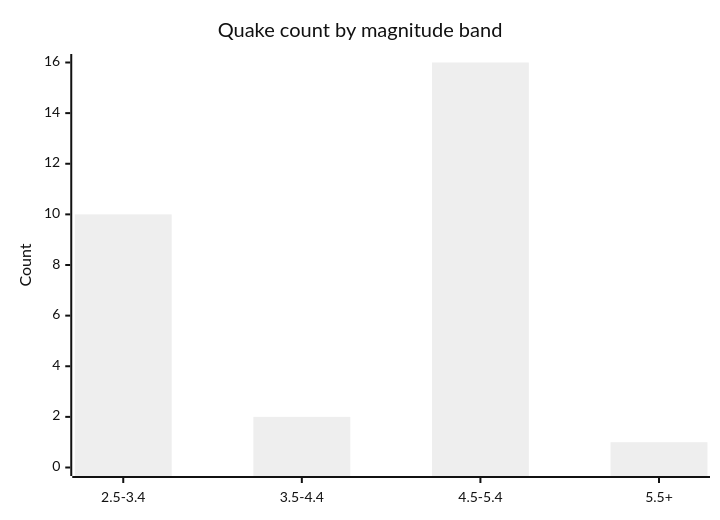
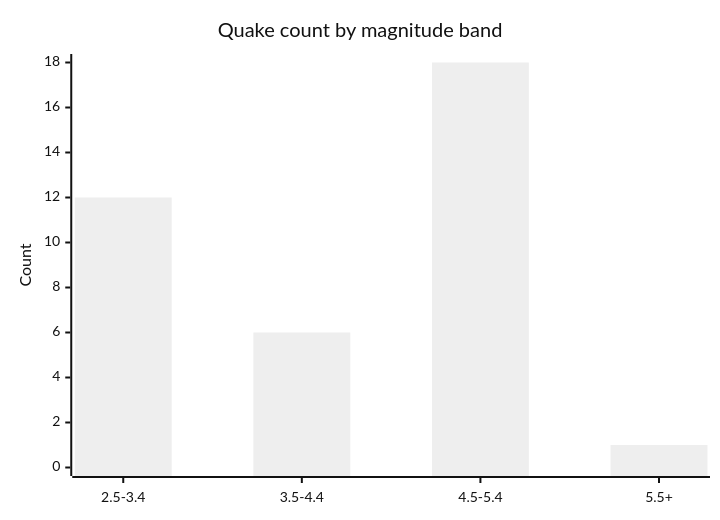
The fifth of 6 diagrams in docs/GRAPHS.md (Midwest-Stratospheric/aerostratospheric-defense-gir), drawn with Mermaid (neutral theme) before and after one commit. The commit also changed other lines of this file and 26 other files, not shown here.

````diff
--- a/docs/GRAPHS.md
+++ b/docs/GRAPHS.md
@@ -82,7 +82,7 @@
 ```mermaid
 xychart-beta
   title "Quake count by magnitude band"
   x-axis ["2.5-3.4", "3.5-4.4", "4.5-5.4", "5.5+"]
-  y-axis "Count" 0 --> 16
-  bar [10, 2, 16, 1]
+  y-axis "Count" 0 --> 18
+  bar [12, 6, 18, 1]
 ```
````
